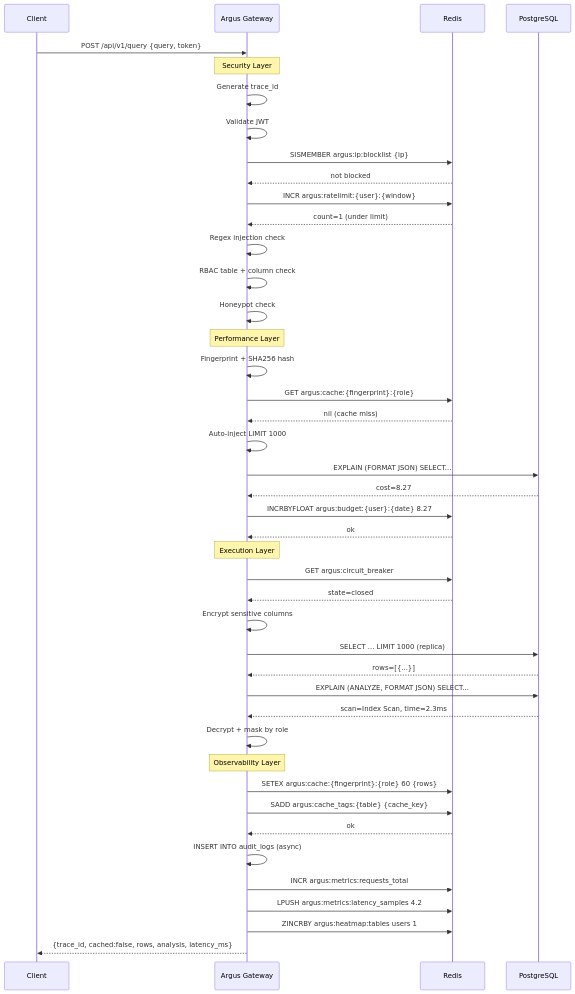
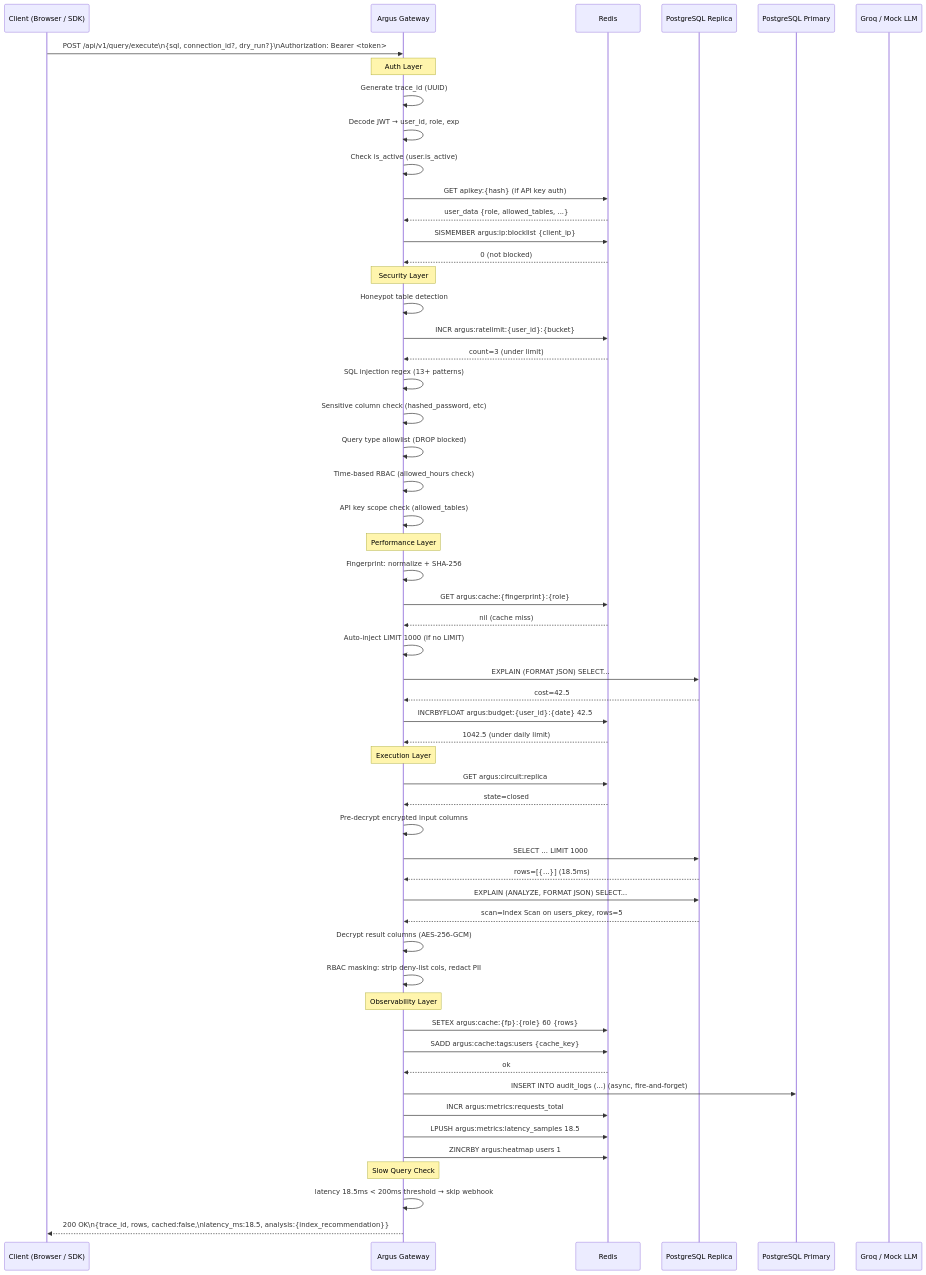
The first of 4 diagrams in docs/diagram/querysequence.md (mmaroof487/SIQG), drawn with Mermaid before and after one commit. The commit also changed other lines of this file and 13 other files, not shown here.

````diff
--- a/docs/diagram/querysequence.md
+++ b/docs/diagram/querysequence.md
@@ -16,51 +13,65 @@
 ```mermaid
 sequenceDiagram
-    participant C as Client
+    participant C as Client (Browser / SDK)
     participant G as Argus Gateway
     participant R as Redis
-    participant PG as PostgreSQL
+    participant PGr as PostgreSQL Replica
+    participant PGw as PostgreSQL Primary
+    participant LLM as Groq / Mock LLM
 
-    C->>G: POST /api/v1/query {query, token}
+    C->>G: POST /api/v1/query/execute\n{sql, connection_id?, dry_run?}\nAuthorization: Bearer <token>
+
+    Note over G: Auth Layer
+    G->>G: Generate trace_id (UUID)
+    G->>G: Decode JWT → user_id, role, exp
+    G->>G: Check is_active (user.is_active)
+    G->>R: GET apikey:{hash} (if API key auth)
+    R-->>G: user_data {role, allowed_tables, ...}
+    G->>R: SISMEMBER argus:ip:blocklist {client_ip}
+    R-->>G: 0 (not blocked)
 
     Note over G: Security Layer
-    G->>G: Generate trace_id
-    G->>G: Validate JWT
-    G->>R: SISMEMBER argus:ip:blocklist {ip}
-    R-->>G: not blocked
-    G->>R: INCR argus:ratelimit:{user}:{window}
-    R-->>G: count=1 (under limit)
-    G->>G: Regex injection check
-    G->>G: RBAC table + column check
-    G->>G: Honeypot check
+    G->>G: Honeypot table detection
+    G->>R: INCR argus:ratelimit:{user_id}:{bucket}
+    R-->>G: count=3 (under limit)
+    G->>G: SQL injection regex (13+ patterns)
+    G->>G: Sensitive column check (hashed_password, etc)
+    G->>G: Query type allowlist (DROP blocked)
+    G->>G: Time-based RBAC (allowed_hours check)
+    G->>G: API key scope check (allowed_tables)
 
     Note over G: Performance Layer
-    G->>G: Fingerprint + SHA256 hash
+    G->>G: Fingerprint: normalize + SHA-256
     G->>R: GET argus:cache:{fingerprint}:{role}
     R-->>G: nil (cache miss)
-    G->>G: Auto-inject LIMIT 1000
-    G->>PG: EXPLAIN (FORMAT JSON) SELECT...
-    PG-->>G: cost=8.27
-    G->>R: INCRBYFLOAT argus:budget:{user}:{date} 8.27
-    R-->>G: ok
+    G->>G: Auto-inject LIMIT 1000 (if no LIMIT)
+    G->>PGr: EXPLAIN (FORMAT JSON) SELECT...
+    PGr-->>G: cost=42.5
+    G->>R: INCRBYFLOAT argus:budget:{user_id}:{date} 42.5
+    R-->>G: 1042.5 (under daily limit)
 
     Note over G: Execution Layer
-    G->>R: GET argus:circuit_breaker
+    G->>R: GET argus:circuit:replica
     R-->>G: state=closed
-    G->>G: Encrypt sensitive columns
-    G->>PG: SELECT ... LIMIT 1000 (replica)
-    PG-->>G: rows=[{...}]
-    G->>PG: EXPLAIN (ANALYZE, FORMAT JSON) SELECT...
-    PG-->>G: scan=Index Scan, time=2.3ms
-    G->>G: Decrypt + mask by role
+    G->>G: Pre-decrypt encrypted input columns
+    G->>PGr: SELECT ... LIMIT 1000
+    PGr-->>G: rows=[{...}] (18.5ms)
+    G->>PGr: EXPLAIN (ANALYZE, FORMAT JSON) SELECT...
+    PGr-->>G: scan=Index Scan on users_pkey, rows=5
+    G->>G: Decrypt result columns (AES-256-GCM)
+    G->>G: RBAC masking: strip deny-list cols, redact PII
 
     Note over G: Observability Layer
-    G->>R: SETEX argus:cache:{fingerprint}:{role} 60 {rows}
-    G->>R: SADD argus:cache_tags:{table} {cache_key}
+    G->>R: SETEX argus:cache:{fp}:{role} 60 {rows}
+    G->>R: SADD argus:cache:tags:users {cache_key}
     R-->>G: ok
-    G->>G: INSERT INTO audit_logs (async)
+    G->>PGw: INSERT INTO audit_logs (...) (async, fire-and-forget)
     G->>R: INCR argus:metrics:requests_total
-    G->>R: LPUSH argus:metrics:latency_samples 4.2
-    G->>R: ZINCRBY argus:heatmap:tables users 1
+    G->>R: LPUSH argus:metrics:latency_samples 18.5
+    G->>R: ZINCRBY argus:heatmap users 1
 
-    G-->>C: {trace_id, cached:false, rows, analysis, latency_ms}
+    Note over G: Slow Query Check
+    G->>G: latency 18.5ms < 200ms threshold → skip webhook
+
+    G-->>C: 200 OK\n{trace_id, rows, cached:false,\nlatency_ms:18.5, analysis:{index_recommendation}}
 ```
````
